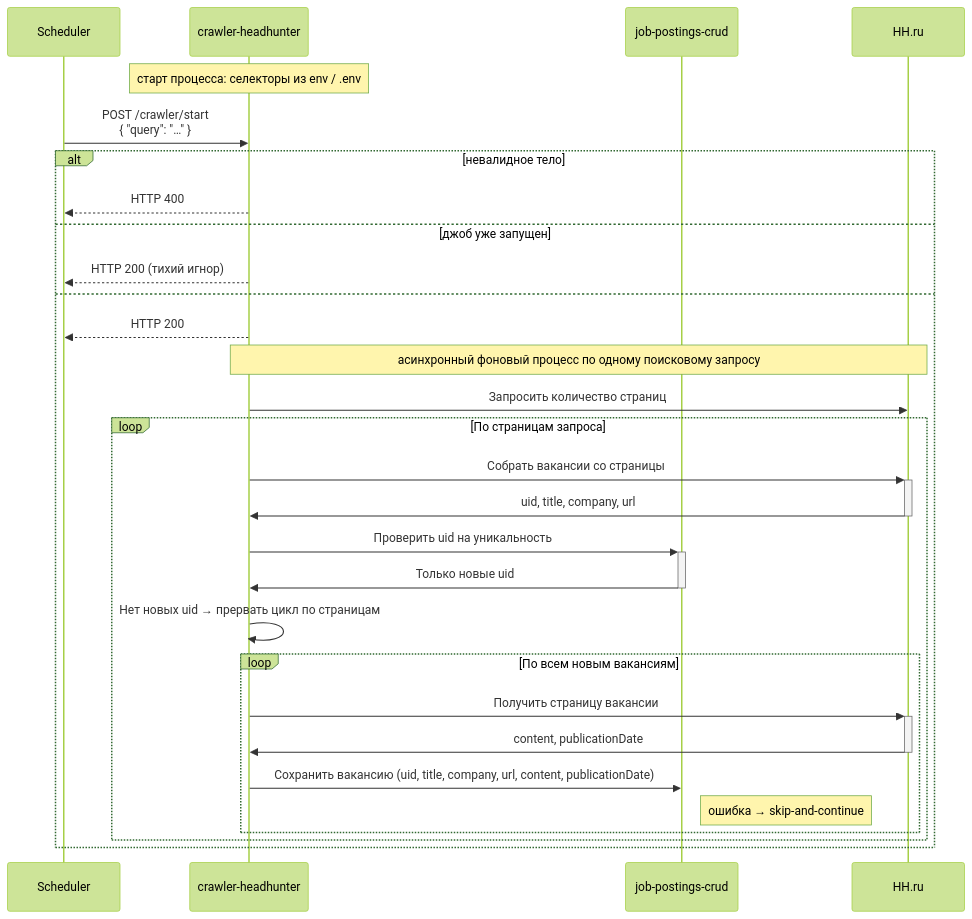
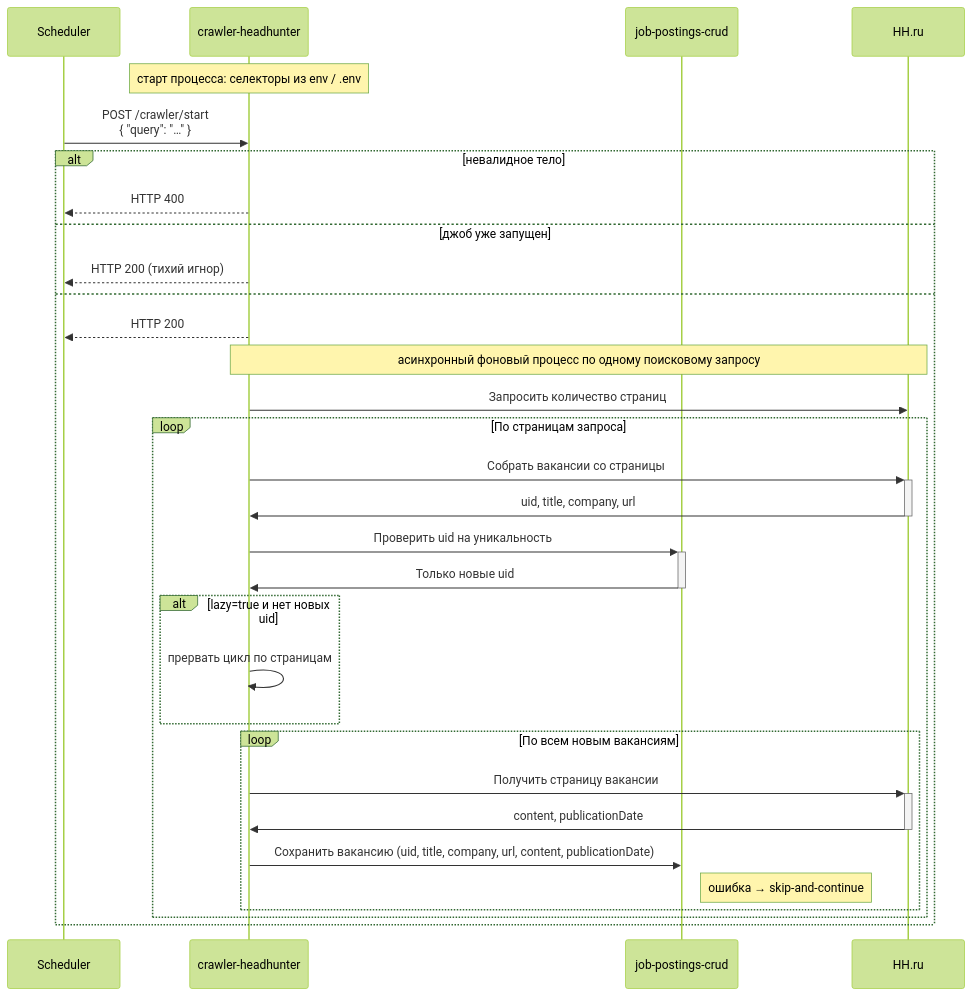
Before and after one commit to joposcragent/specifications: the diagram in services/crawler-headhunter/readme.md, drawn with Mermaid (forest theme). The commit also changed other lines of this file and 1 other file, not shown here.

Commit message:
Enhance OpenAPI schema and README documentation for lazy loading feature
- Added a new `lazy` boolean property to the `SearchQuery` object in the OpenAPI schema, with a default value of `false` and a description of its behavior.
- Updated the README to include the new `lazy` parameter, explaining its functionality and impact on the job postings retrieval process.
- Clarified the logic in the job postings retrieval steps regarding the `lazy` parameter's effect on page cycling when no new `uid` is found.

````diff
--- a/services/crawler-headhunter/readme.md
+++ b/services/crawler-headhunter/readme.md
@@ -85,37 +86,39 @@
 ```mermaid
 sequenceDiagram
     participant Scheduler
     participant Crawler as crawler-headhunter
     participant Postings as job-postings-crud
     participant HH as HH.ru
 
     Note over Crawler: старт процесса: селекторы из env / .env
 
     Scheduler->>Crawler: POST /crawler/start<br/>{ "query": "…" }
 
     alt невалидное тело
         Crawler-->>Scheduler: HTTP 400
     else джоб уже запущен
         Crawler-->>Scheduler: HTTP 200 (тихий игнор)
     else
         Crawler-->>Scheduler: HTTP 200
         Note over Crawler,HH: асинхронный фоновый процесс по одному поисковому запросу
 
         Crawler->>HH: Запросить количество страниц
 
         loop По страницам запроса
             Crawler->>+HH: Собрать вакансии со страницы
             HH->>-Crawler: uid, title, company, url
             Crawler->>+Postings: Проверить uid на уникальность
             Postings->>-Crawler: Только новые uid
-            Crawler->>Crawler: Нет новых uid → прервать цикл по страницам
+            alt lazy=true и нет новых uid
+                Crawler->>Crawler: прервать цикл по страницам
+            end
 
             loop По всем новым вакансиям
                 Crawler->>+HH: Получить страницу вакансии
                 HH->>-Crawler: content, publicationDate
                 Crawler->>Postings: Сохранить вакансию (uid, title, company, url, content, publicationDate)
                 Note right of Postings: ошибка → skip-and-continue
             end
         end
     end
 ```
````
